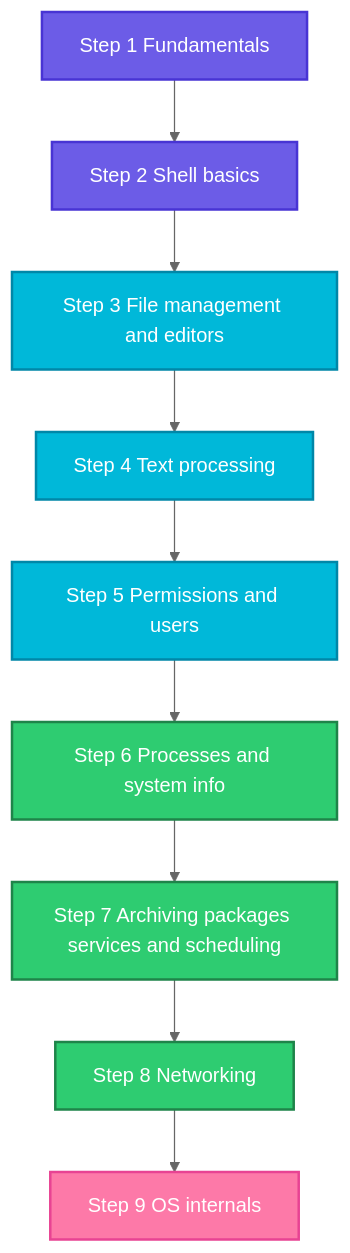
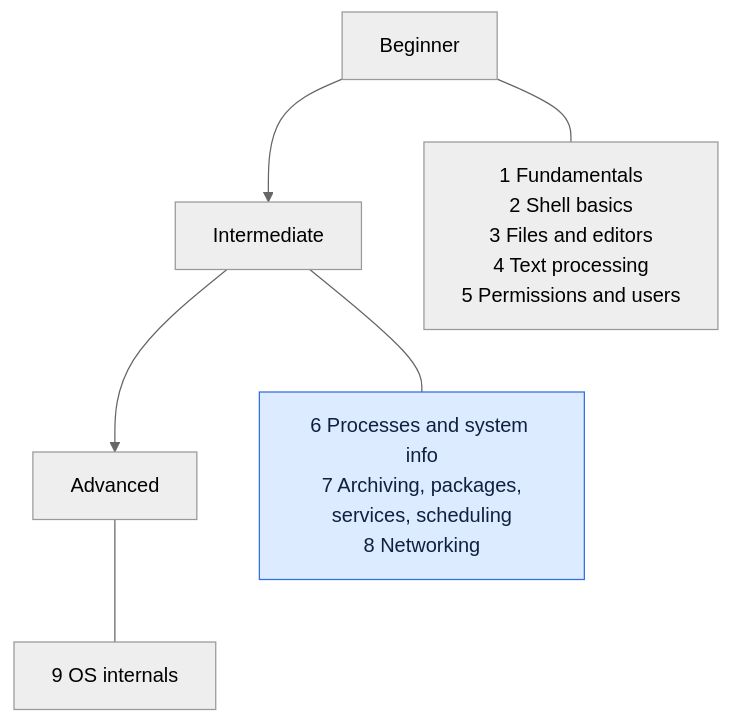
One commit to codeKerdosTech/DevOps-Documentation changed the diagram in linux/README.md. Above: the diagram before and after it, drawn with Mermaid (neutral theme). The commit also changed other lines of this file and 165 other files, not shown here.

Commit message:
updated diagrams in linux

````diff
--- a/linux/README.md
+++ b/linux/README.md
@@ -7,19 +9,13 @@
 ```mermaid
 flowchart TD
-    A[Step 1 Fundamentals] --> B[Step 2 Shell basics]
-    B --> C[Step 3 File management and editors]
-    C --> D[Step 4 Text processing]
-    D --> E[Step 5 Permissions and users]
-    E --> F[Step 6 Processes and system info]
-    F --> G[Step 7 Archiving packages services and scheduling]
-    G --> H[Step 8 Networking]
-    H --> I[Step 9 OS internals]
-    classDef start fill:#6C5CE7,stroke:#4834D4,stroke-width:2px,color:#fff
-    classDef proc fill:#00B8D9,stroke:#0087A8,stroke-width:2px,color:#fff
-    classDef ok fill:#2ECC71,stroke:#1E8449,stroke-width:2px,color:#fff
-    classDef out fill:#FD79A8,stroke:#E84393,stroke-width:2px,color:#fff
-    class A,B start
-    class C,D,E proc
-    class F,G,H ok
-    class I out
+    B[Beginner] --> I[Intermediate] --> A[Advanced]
+    B --- b1[1 Fundamentals<br/>2 Shell basics<br/>3 Files and editors<br/>4 Text processing<br/>5 Permissions and users]
+    I --- i1[6 Processes and system info<br/>7 Archiving, packages,<br/>services, scheduling<br/>8 Networking]
+    A --- a1[9 OS internals]
+    classDef inp fill:#DCEBFF,stroke:#2F6FDE,color:#10213F
+    classDef cmd fill:#FFF0C2,stroke:#C98A00,color:#3A2A00
+    classDef out fill:#D9F5E3,stroke:#1F9D55,color:#0B2E1A
+    classDef bad fill:#FDE0E0,stroke:#D13B3B,color:#4A0F0F
+    classDef note fill:#ECEFF3,stroke:#7B8794,color:#1F2933
+    class i1 inp
 ```
````
